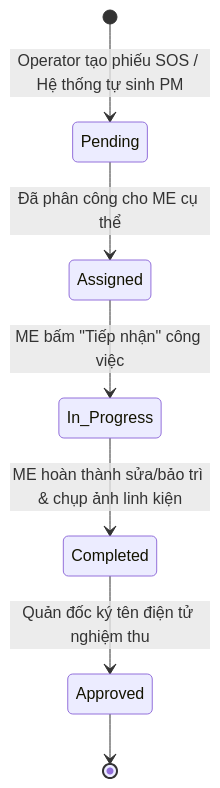
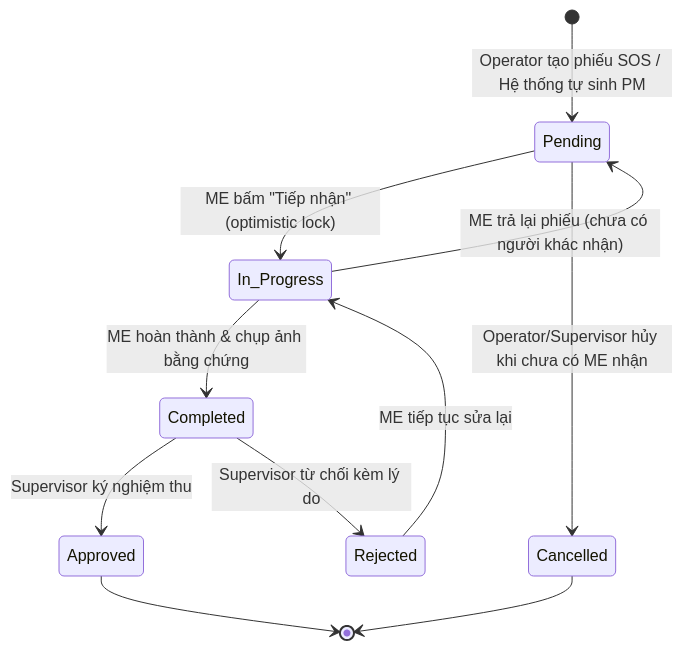
Before and after one commit to pvduy23052005/cse441-mobile-asset-track: the ninth of 11 diagrams in system_design.md, drawn with Mermaid. The commit also changed other lines of this file and 1 other file, not shown here.

````diff
--- a/system_design.md
+++ b/system_design.md
@@ -215,9 +267,13 @@
 ```mermaid
 stateDiagram-v2
     [*] --> Pending : Operator tạo phiếu SOS / Hệ thống tự sinh PM
-    Pending --> Assigned : Đã phân công cho ME cụ thể
-    Assigned --> In_Progress : ME bấm "Tiếp nhận" công việc
-    In_Progress --> Completed : ME hoàn thành sửa/bảo trì & chụp ảnh linh kiện
-    Completed --> Approved : Quản đốc ký tên điện tử nghiệm thu
+    Pending --> In_Progress : ME bấm "Tiếp nhận" (optimistic lock)
+    Pending --> Cancelled : Operator/Supervisor hủy khi chưa có ME nhận
+    In_Progress --> Pending : ME trả lại phiếu (chưa có người khác nhận)
+    In_Progress --> Completed : ME hoàn thành & chụp ảnh bằng chứng
+    Completed --> Approved : Supervisor ký nghiệm thu
+    Completed --> Rejected : Supervisor từ chối kèm lý do
+    Rejected --> In_Progress : ME tiếp tục sửa lại
     Approved --> [*]
+    Cancelled --> [*]
 ```
````
